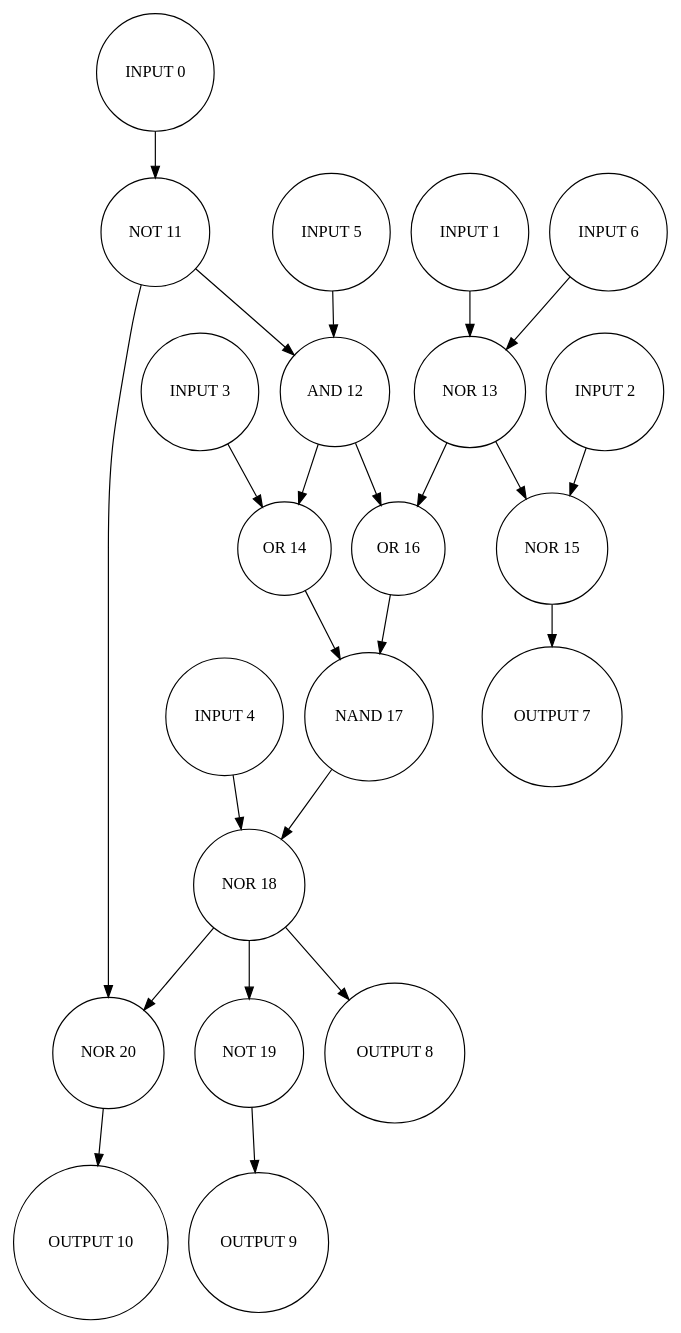
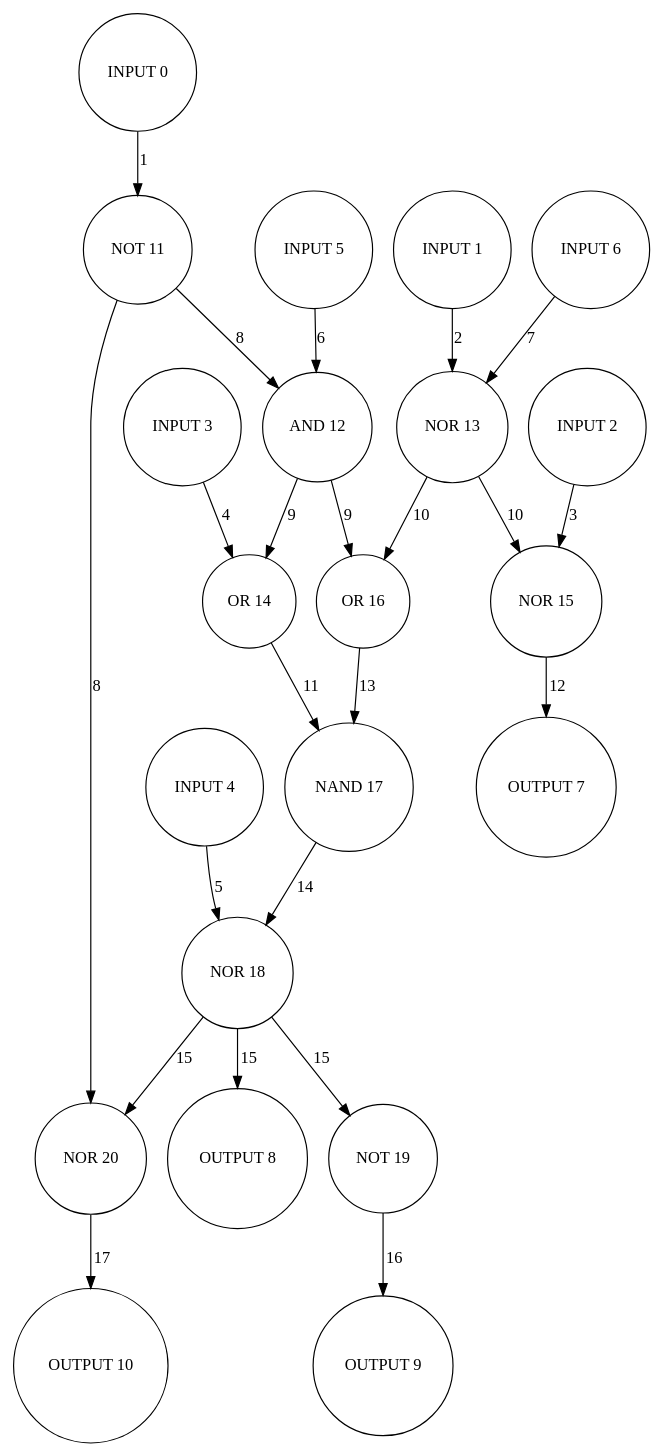
One commit to MakisChristou/ParallelCircuitSimulator changed the diagram in netlist.dot. Above: the diagram before and after it, drawn with Graphviz. The commit also changed 76 other files, not shown here.

```diff
--- a/netlist.dot
+++ b/netlist.dot
@@ -1,45 +1,45 @@
 digraph {
 0 [label="INPUT 0",shape=circle];
 1 [label="INPUT 1",shape=circle];
 2 [label="INPUT 2",shape=circle];
 3 [label="INPUT 3",shape=circle];
 4 [label="INPUT 4",shape=circle];
 5 [label="INPUT 5",shape=circle];
 6 [label="INPUT 6",shape=circle];
 7 [label="OUTPUT 7",shape=circle];
 8 [label="OUTPUT 8",shape=circle];
 9 [label="OUTPUT 9",shape=circle];
 10 [label="OUTPUT 10",shape=circle];
 11 [label="NOT 11",shape=circle];
 12 [label="AND 12",shape=circle];
 13 [label="NOR 13",shape=circle];
 14 [label="OR 14",shape=circle];
 15 [label="NOR 15",shape=circle];
 16 [label="OR 16",shape=circle];
 17 [label="NAND 17",shape=circle];
 18 [label="NOR 18",shape=circle];
 19 [label="NOT 19",shape=circle];
 20 [label="NOR 20",shape=circle];
-0 -> 11;
-1 -> 13;
-2 -> 15;
-3 -> 14;
-4 -> 18;
-5 -> 12;
-6 -> 13;
-11 -> 12;
-11 -> 20;
-12 -> 14;
-12 -> 16;
-13 -> 15;
-13 -> 16;
-14 -> 17;
-15 -> 7;
-16 -> 17;
-17 -> 18;
-18 -> 8;
-18 -> 19;
-18 -> 20;
-19 -> 9;
-20 -> 10;
+0 -> 11[label="1"];
+1 -> 13[label="2"];
+2 -> 15[label="3"];
+3 -> 14[label="4"];
+4 -> 18[label="5"];
+5 -> 12[label="6"];
+6 -> 13[label="7"];
+11 -> 12[label="8"];
+11 -> 20[label="8"];
+12 -> 14[label="9"];
+12 -> 16[label="9"];
+13 -> 15[label="10"];
+13 -> 16[label="10"];
+14 -> 17[label="11"];
+15 -> 7[label="12"];
+16 -> 17[label="13"];
+17 -> 18[label="14"];
+18 -> 8[label="15"];
+18 -> 19[label="15"];
+18 -> 20[label="15"];
+19 -> 9[label="16"];
+20 -> 10[label="17"];
 }
```
